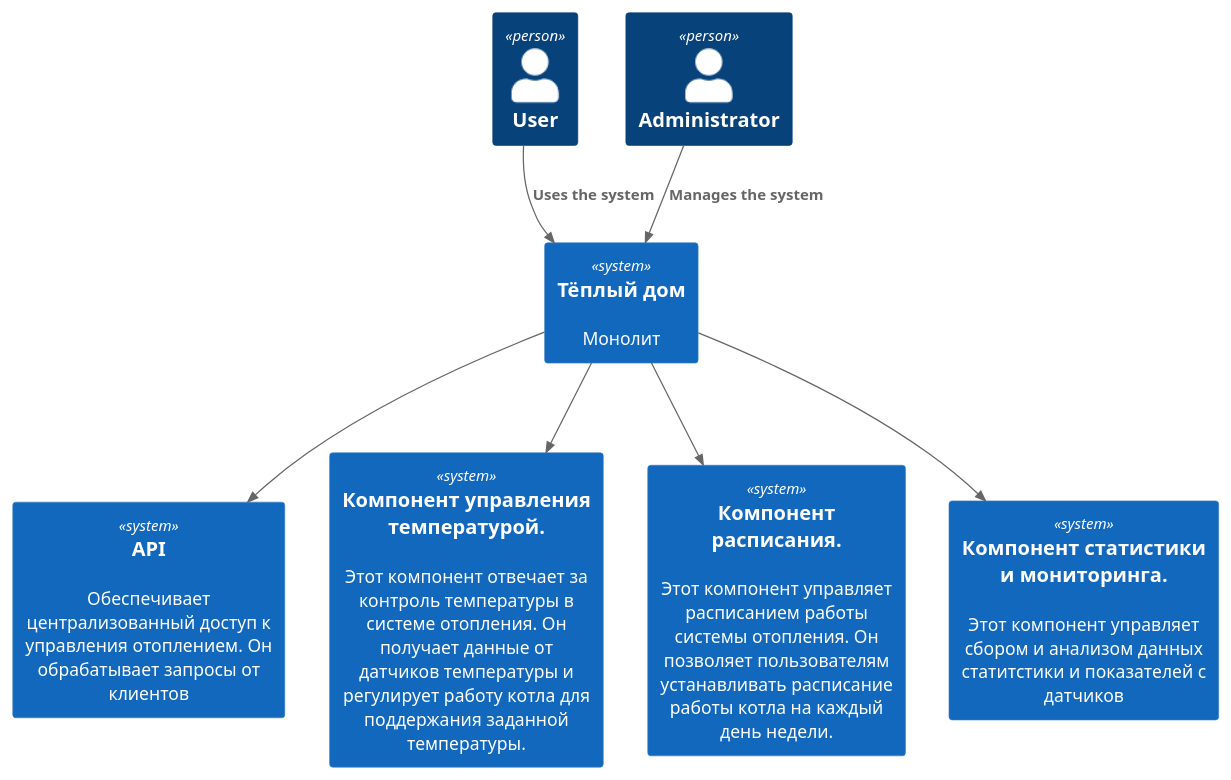
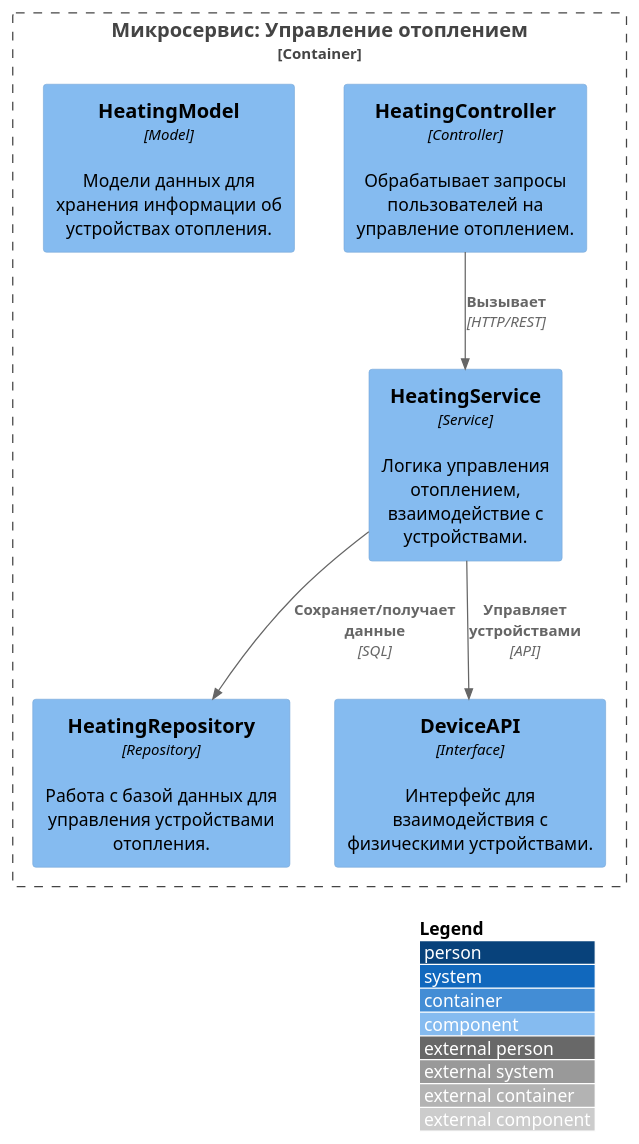
One commit to defaktor/architecture-sprint-3 changed the third of 11 diagrams in Project_template_part_1.md. Above: the diagram before and after it, drawn with PlantUML. The commit also changed other lines of this file, not shown here.

````diff
--- a/Project_template_part_1.md
+++ b/Project_template_part_1.md
@@ -155,27 +155,22 @@
 ```puml
 @startuml
 top to bottom direction
 
 !includeurl https://raw.githubusercontent.com/RicardoNiepel/C4-PlantUML/master/C4_Component.puml
 
-Person(user, "User", "")
-Person(admin, "Administrator", "")
+LAYOUT_WITH_LEGEND()
 
-System(wormHouse, "Тёплый дом", "Монолит")
+' Диаграмма компонентов для микросервиса "Управление отоплением"
+Container_Boundary(control, "Микросервис: Управление отоплением") {
+  Component(controller, "HeatingController", "Controller", "Обрабатывает запросы пользователей на управление отоплением.")
+  Component(service, "HeatingService", "Service", "Логика управления отоплением, взаимодействие с устройствами.")
+  Component(repository, "HeatingRepository", "Repository", "Работа с базой данных для управления устройствами отопления.")
+  Component(model, "HeatingModel", "Model", "Модели данных для хранения информации об устройствах отопления.")
+  Component(interface, "DeviceAPI", "Interface", "Интерфейс для взаимодействия с физическими устройствами.")
+}
 
-System(api, "API", "Обеспечивает централизованный доступ к управления отоплением. Он обрабатывает запросы от клиентов ")
-System(heater, "Компонент управления температурой.", "Этот компонент отвечает за контроль температуры в системе отопления. Он получает данные от датчиков температуры и регулирует работу котла для поддержания заданной температуры.")
-System(schedule, "Компонент расписания.", "Этот компонент управляет расписанием работы системы отопления. Он позволяет пользователям устанавливать расписание работы котла на каждый день недели.")
-System(stat, "Компонент статистики и мониторинга.", "Этот компонент управляет сбором и анализом данных статитстики и показателей с датчиков")
-
-
-Rel(user, wormHouse, "Uses the system")
-Rel(admin,wormHouse,"Manages the system")
-
-Rel(wormHouse,api,"")
-Rel(wormHouse,heater,"")
-Rel(wormHouse,schedule,"")
-Rel(wormHouse,stat,"")
-
+Rel(controller, service, "Вызывает", "HTTP/REST")
+Rel(service, repository, "Сохраняет/получает данные", "SQL")
+Rel(service, interface, "Управляет устройствами", "API")
 @enduml
 ```
````
